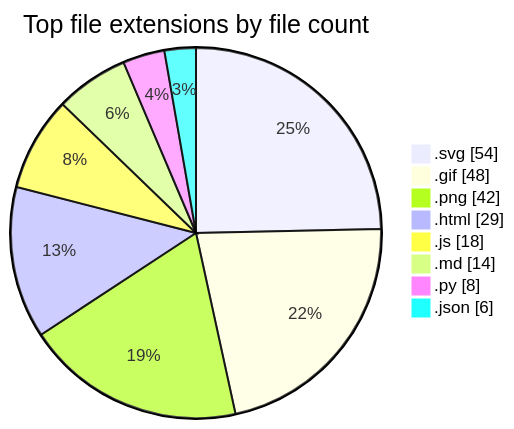
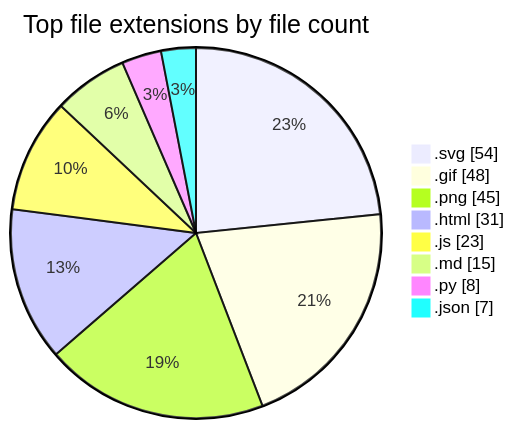
One commit to tchinso/tchinso changed the second of 2 diagrams in README.md. Above: the diagram before and after it, drawn with Mermaid. The commit also changed other lines of this file, not shown here.

````diff
--- a/README.md
+++ b/README.md
@@ -46,12 +46,12 @@
 ```mermaid
 pie showData
     title Top file extensions by file count
     ".svg" : 54
     ".gif" : 48
-    ".png" : 42
-    ".html" : 29
-    ".js" : 18
-    ".md" : 14
+    ".png" : 45
+    ".html" : 31
+    ".js" : 23
+    ".md" : 15
     ".py" : 8
-    ".json" : 6
+    ".json" : 7
 ```
````
